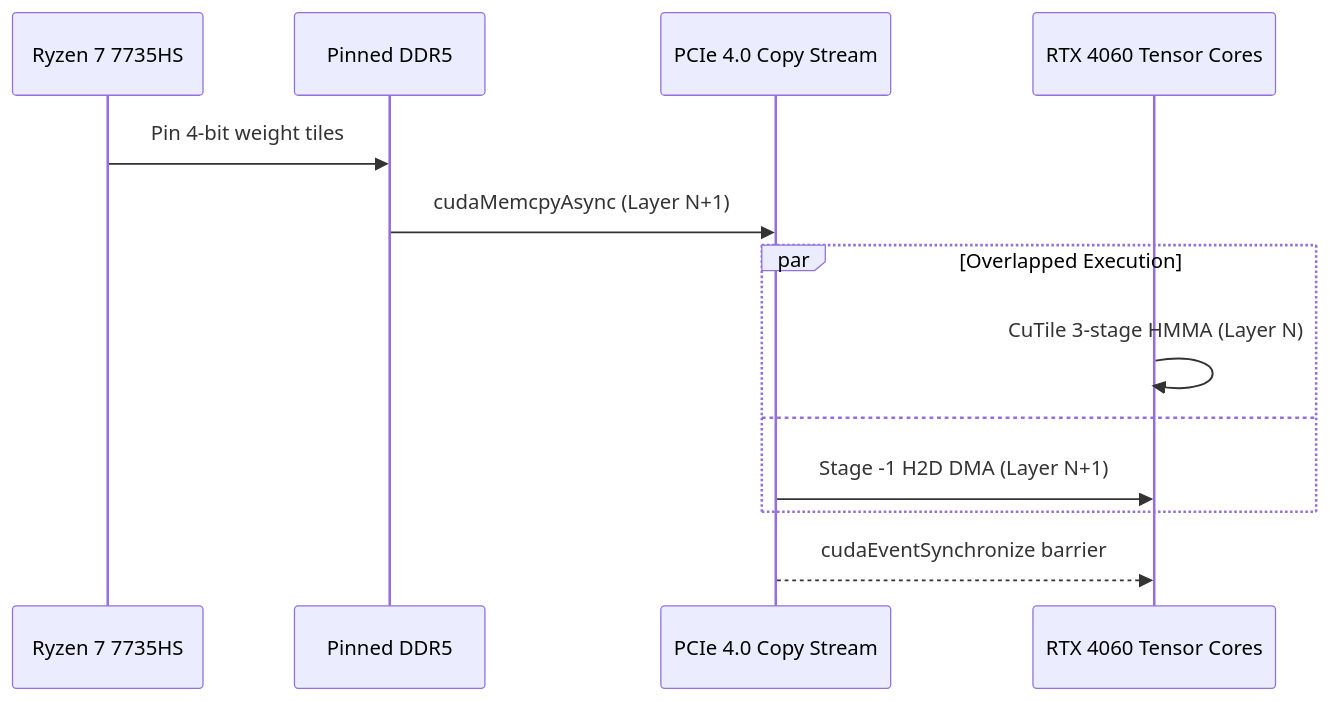
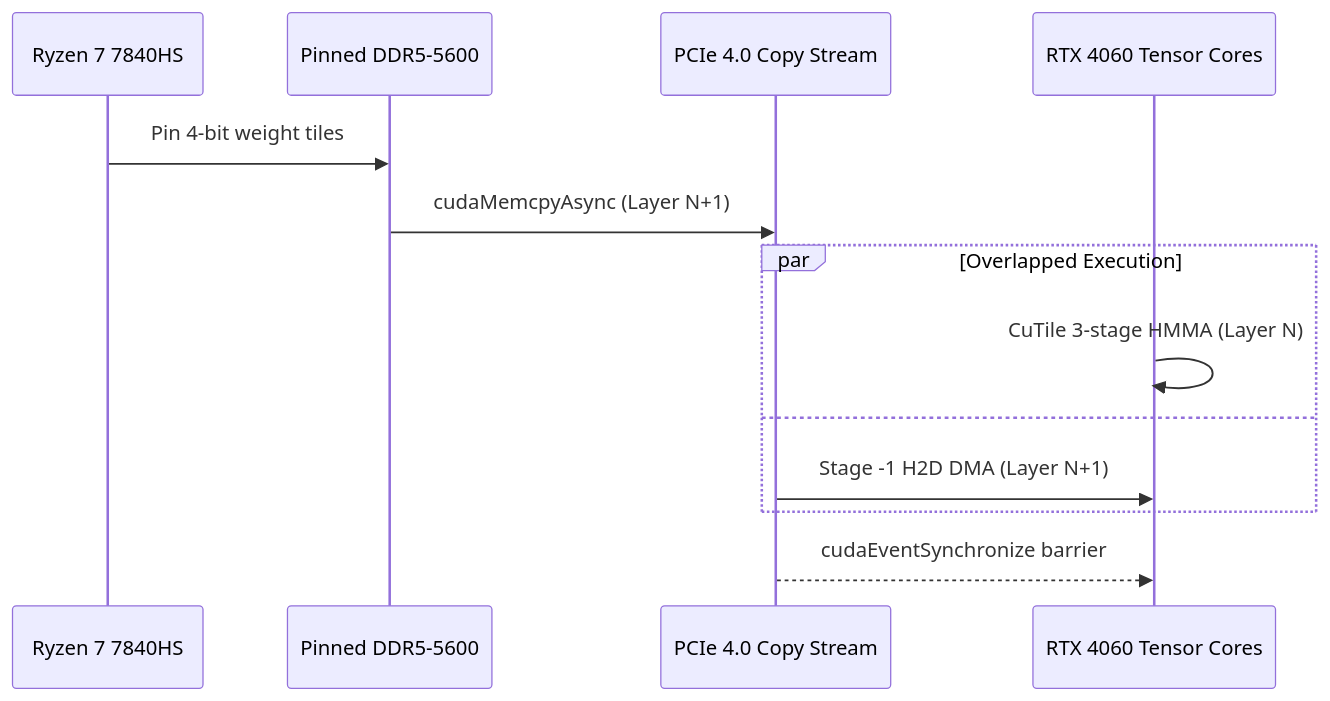
Before and after one commit to samudragupto/cutile-forge: the second of 3 diagrams in docs/ARCHITECTURE.md, drawn with Mermaid. The commit also changed 4 other files, not shown here.

````diff
--- a/docs/ARCHITECTURE.md
+++ b/docs/ARCHITECTURE.md
@@ -26,16 +26,16 @@
 ```mermaid
 sequenceDiagram
-    participant CPU as Ryzen 7 7735HS
-    participant DDR5 as Pinned DDR5
+    participant CPU as Ryzen 7 7840HS
+    participant DDR5 as Pinned DDR5-5600
     participant DMA as PCIe 4.0 Copy Stream
     participant GPU as RTX 4060 Tensor Cores
 
     CPU->>DDR5: Pin 4-bit weight tiles
     DDR5->>DMA: cudaMemcpyAsync (Layer N+1)
     par Overlapped Execution
         GPU->>GPU: CuTile 3-stage HMMA (Layer N)
     and
         DMA->>GPU: Stage -1 H2D DMA (Layer N+1)
     end
     DMA-->>GPU: cudaEventSynchronize barrier
 ```
````
